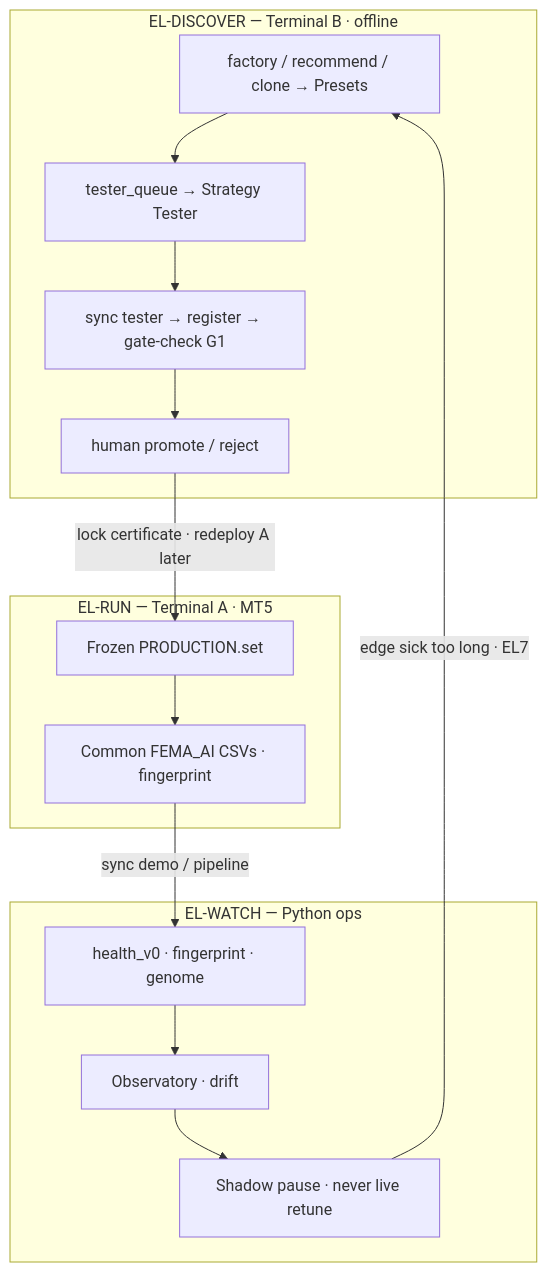
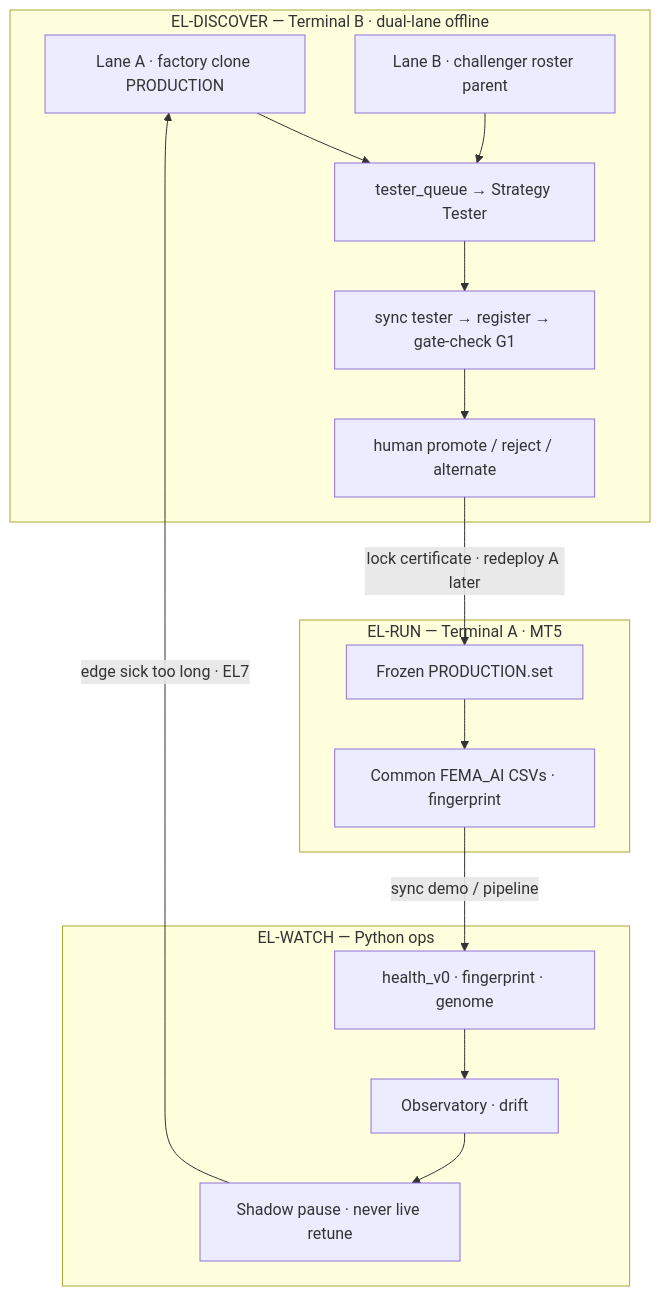
One commit to Atlas00000/FEMA changed the first of 2 diagrams in README.md. Above: the diagram before and after it, drawn with Mermaid. The commit also changed other lines of this file and 34 other files, not shown here.

First line of the commit message:
Ship hybrid dual-lane rediscovery MVP (DLR-P0 through P3).

````diff
--- a/README.md
+++ b/README.md
@@ -69,27 +72,30 @@
 ```mermaid
 flowchart TB
-  subgraph Discover["EL-DISCOVER — Terminal B · offline"]
-    D0[factory / recommend / clone → Presets]
+  subgraph Discover["EL-DISCOVER — Terminal B · dual-lane offline"]
+    D0A[Lane A · factory clone PRODUCTION]
+    D0B[Lane B · challenger roster parent]
     D1[tester_queue → Strategy Tester]
     D2[sync tester → register → gate-check G1]
-    D3[human promote / reject]
-    D0 --> D1 --> D2 --> D3
+    D3[human promote / reject / alternate]
+    D0A --> D1
+    D0B --> D1
+    D1 --> D2 --> D3
   end
 
   subgraph Run["EL-RUN — Terminal A · MT5"]
     R1[Frozen PRODUCTION.set]
     R2[Common FEMA_AI CSVs · fingerprint]
     R1 --> R2
   end
 
   subgraph Watch["EL-WATCH — Python ops"]
     W1[health_v0 · fingerprint · genome]
     W2[Observatory · drift]
     W3[Shadow pause · never live retune]
     W1 --> W2 --> W3
   end
 
   D3 -->|lock certificate · redeploy A later| R1
   R2 -->|sync demo / pipeline| W1
-  W3 -->|edge sick too long · EL7| D0
+  W3 -->|edge sick too long · EL7| D0A
 ```
````
